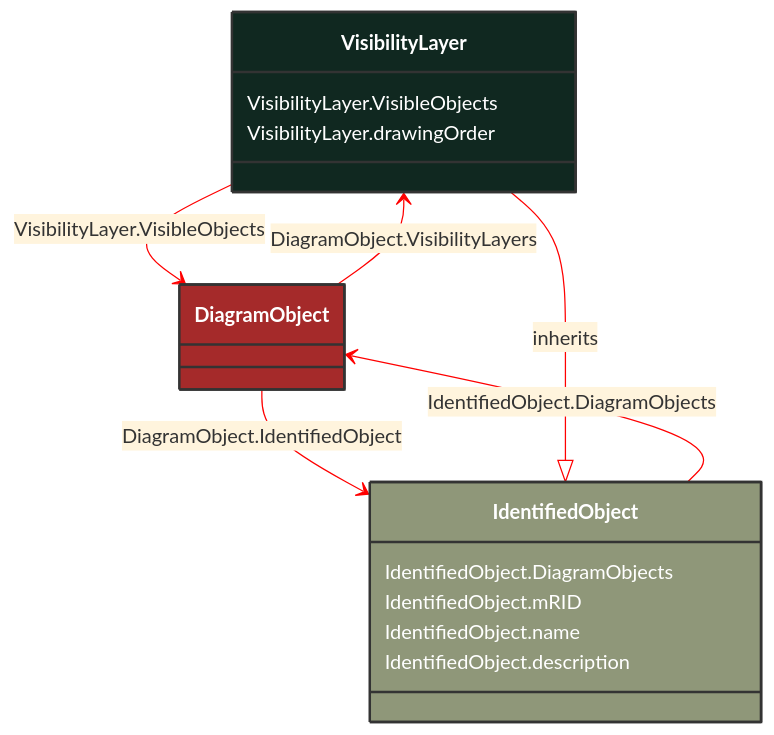
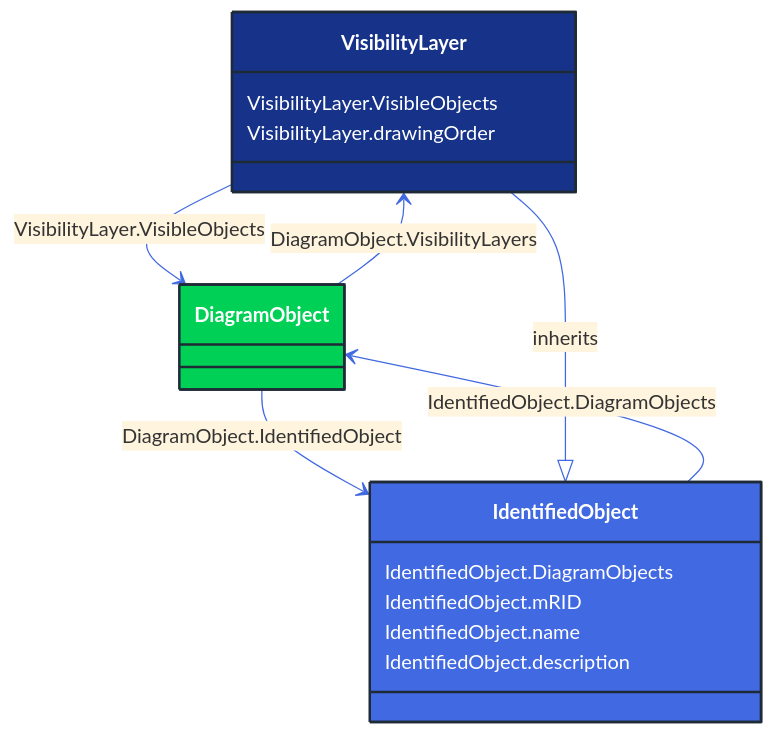
The diagram in docs/Models/Profiles/DiagramLayout/ConcreteClasses/VisibilityLayer.md (3lbits/NoCIMExtensions), drawn with Mermaid before and after one commit. The commit also changed 362 other files, not shown here.

First line of the commit message:
Update diagrams and styles for improved visual consistency

````diff
--- a/docs/Models/Profiles/DiagramLayout/ConcreteClasses/VisibilityLayer.md
+++ b/docs/Models/Profiles/DiagramLayout/ConcreteClasses/VisibilityLayer.md
@@ -9,42 +9,42 @@
 ```mermaid
-%%{init: {'theme':'base','themeVariables': {'lineColor': '#FF0000'}}}%%
+%%{init: {'theme':'base','themeVariables': {'lineColor': '#4169E1'}}}%%
 classDiagram
     class VisibilityLayer
     click VisibilityLayer href "/Models/Profiles/DiagramLayout/ConcreteClasses/VisibilityLayer/"
-    style VisibilityLayer fill:#102820,stroke:#333,stroke-width:2px,rx:10,ry:10,color:white
+    style VisibilityLayer fill:#163289,stroke:#1F2A37,stroke-width:2px,rx:10,ry:10,color:white
      
         IdentifiedObject <|-- VisibilityLayer : inherits
             click IdentifiedObject href "/Models/Profiles/DiagramLayout/AbstractClasses/IdentifiedObject/"
-            style IdentifiedObject fill:#8F9779,stroke:#333,stroke-width:2px,rx:10,ry:10,color:white
+            style IdentifiedObject fill:#4169E1,stroke:#1F2A37,stroke-width:2px,rx:10,ry:10,color:white
 
         VisibilityLayer --> DiagramObject : VisibilityLayer.VisibleObjects
 
         DiagramObject
             click DiagramObject href "/Models/Profiles/DiagramLayout/ConcreteClasses/DiagramObject/"
-            style DiagramObject fill:#A52A2A,stroke:#333,stroke-width:2px,rx:10,ry:10,color:white
+            style DiagramObject fill:#00D156,stroke:#1F2A37,stroke-width:2px,rx:10,ry:10,color:white
         IdentifiedObject --> DiagramObject : IdentifiedObject.DiagramObjects
 
         DiagramObject
             click DiagramObject href "/Models/Profiles/DiagramLayout/ConcreteClasses/DiagramObject/"
-            style DiagramObject fill:#A52A2A,stroke:#333,stroke-width:2px,rx:10,ry:10,color:white
+            style DiagramObject fill:#00D156,stroke:#1F2A37,stroke-width:2px,rx:10,ry:10,color:white
 
         DiagramObject --> IdentifiedObject : DiagramObject.IdentifiedObject
 
         DiagramObject
             click DiagramObject href "/Models/Profiles/DiagramLayout/ConcreteClasses/DiagramObject/"
-            style DiagramObject fill:#A52A2A,stroke:#333,stroke-width:2px,rx:10,ry:10,color:white
+            style DiagramObject fill:#00D156,stroke:#1F2A37,stroke-width:2px,rx:10,ry:10,color:white
 
         DiagramObject --> VisibilityLayer : DiagramObject.VisibilityLayers
 
         DiagramObject
             click DiagramObject href "/Models/Profiles/DiagramLayout/ConcreteClasses/DiagramObject/"
-            style DiagramObject fill:#A52A2A,stroke:#333,stroke-width:2px,rx:10,ry:10,color:white
+            style DiagramObject fill:#00D156,stroke:#1F2A37,stroke-width:2px,rx:10,ry:10,color:white
 
 
         VisibilityLayer : VisibilityLayer.VisibleObjects
         VisibilityLayer : VisibilityLayer.drawingOrder
         IdentifiedObject : IdentifiedObject.DiagramObjects
         IdentifiedObject : IdentifiedObject.mRID
         IdentifiedObject : IdentifiedObject.name
         IdentifiedObject : IdentifiedObject.description
 ```
````
